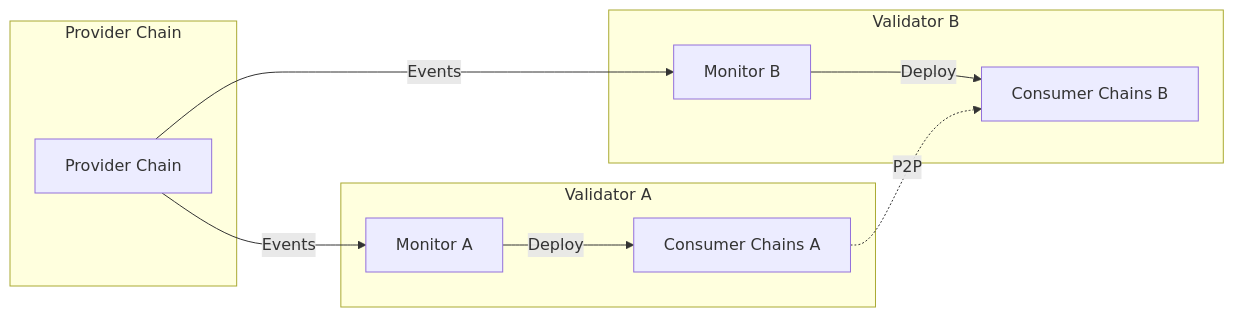
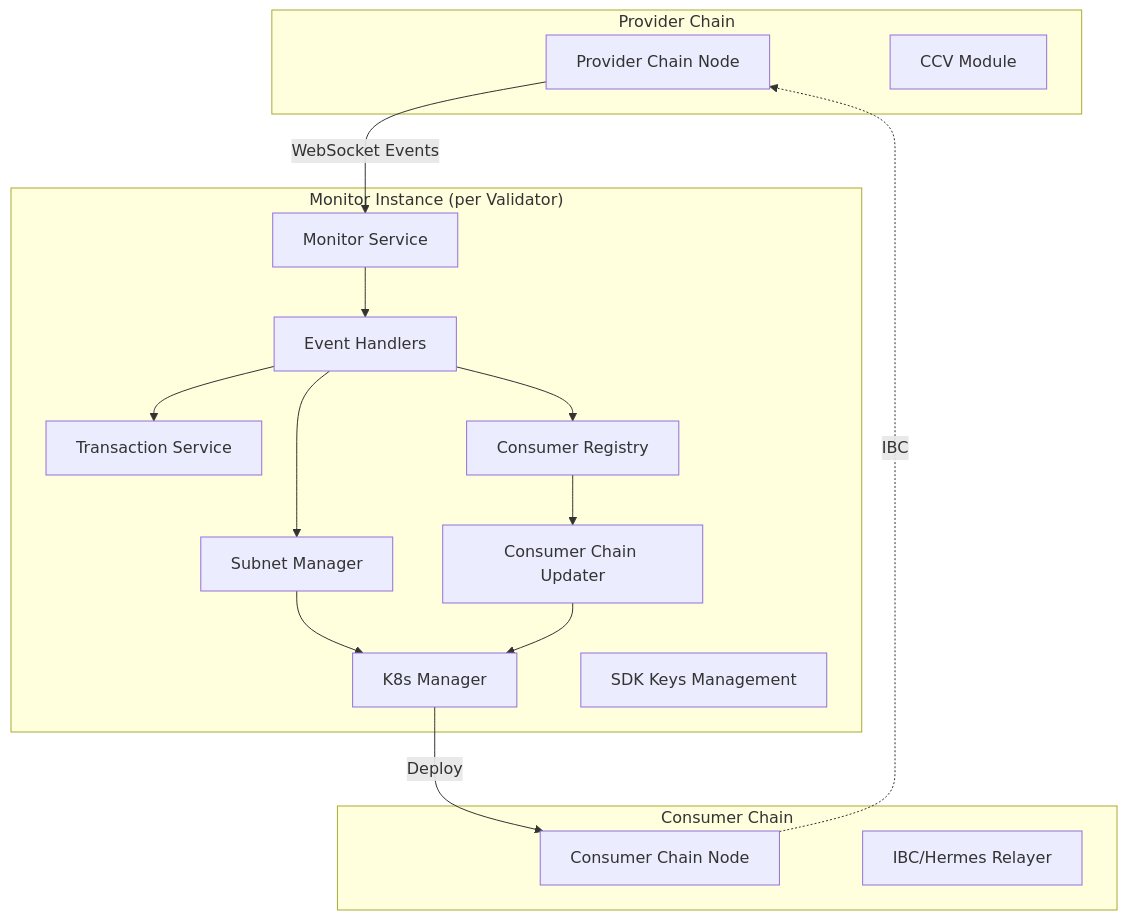
The first of 6 diagrams in README.md (roylee17/monitor), drawn with Mermaid before and after one commit. The commit also changed other lines of this file and 17 other files, not shown here.

````diff
--- a/README.md
+++ b/README.md
@@ -188,22 +35,34 @@
 ```mermaid
-graph LR
+graph TB
     subgraph "Provider Chain"
-        PC[Provider Chain]
+        PC[Provider Chain Node]
+        CCV[CCV Module]
     end
-    
-    subgraph "Validator A"
-        MA[Monitor A]
-        CA[Consumer Chains A]
+
+    subgraph "Monitor Instance (per Validator)"
+        M[Monitor Service]
+        EH[Event Handlers]
+        SM[Subnet Manager]
+        TX[Transaction Service]
+        KM[K8s Manager]
+        CR[Consumer Registry]
+        CU[Consumer Chain Updater]
+        SDK[SDK Keys Management]
     end
-    
-    subgraph "Validator B"
-        MB[Monitor B]
-        CB[Consumer Chains B]
+
+    subgraph "Consumer Chain"
+        CC[Consumer Chain Node]
+        IBC[IBC/Hermes Relayer]
     end
-    
-    PC -->|Events| MA
-    PC -->|Events| MB
-    MA -->|Deploy| CA
-    MB -->|Deploy| CB
-    CA -.->|P2P| CB
+
+    PC -->|WebSocket Events| M
+    M --> EH
+    EH --> SM
+    EH --> TX
+    EH --> CR
+    SM --> KM
+    CR --> CU
+    CU --> KM
+    KM -->|Deploy| CC
+    CC -.->|IBC| PC
 ```
````
